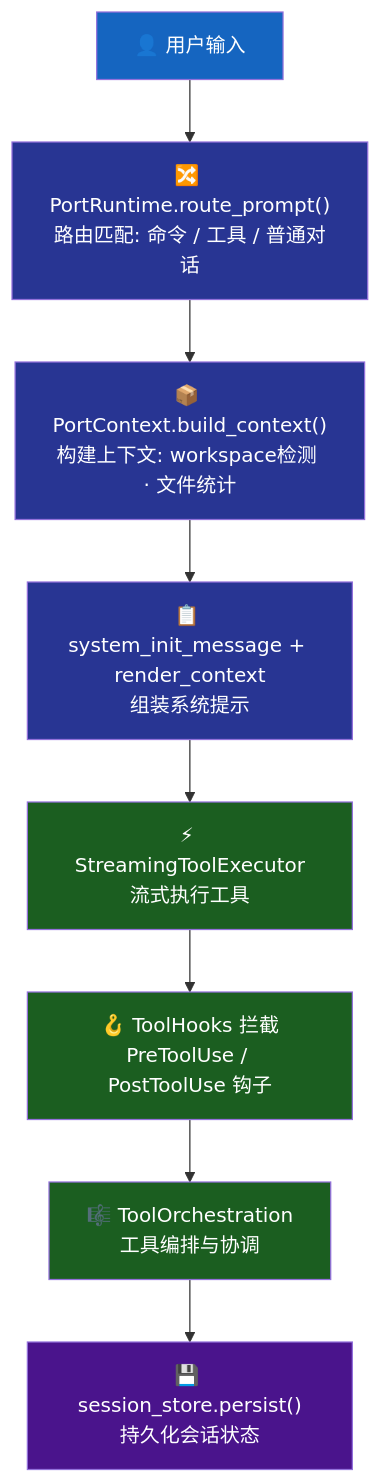
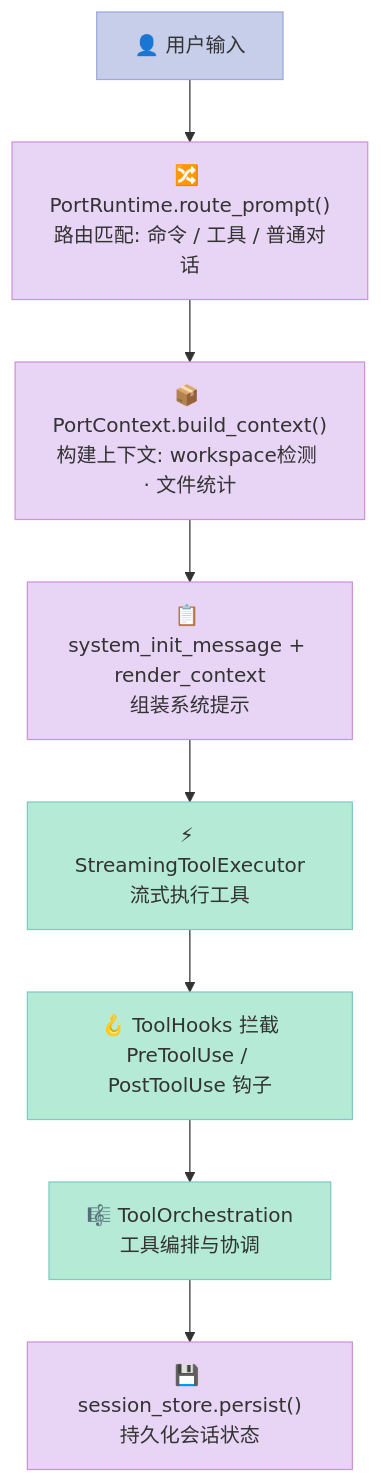
Before and after one commit to xuqi2024/xuqi2024.github.io: the first of 3 diagrams in _posts/2026-04-15-claude-code-source-analysis.md, drawn with Mermaid. The commit also changed other lines of this file and 2 other files, not shown here.

Commit message:
fix: 修复全部博客文章以符合 CLAUDE.md 规范
- 修复3篇文章 categories（AI/技术调研 → 技术科普/技术分析/技术报告）
- 修复 automotive-soc 文章 tags 格式（行内数组→列表，6→5个）
- 将全部 Mermaid 图表颜色替换为马卡龙色系（3篇共49处）
  深色 #1565C0/#2E7D32/#E65100 等 → 天空蓝/薄荷绿/蜜桃橙等浅色
  同步 color:#fff → color:#333 保证深色文字可读性
- 为 automotive-soc 文章添加开篇钩子和 TL;DR（原前言缺少钩子）

````diff
--- a/_posts/2026-04-15-claude-code-source-analysis.md
+++ b/_posts/2026-04-15-claude-code-source-analysis.md
@@ -71,22 +71,22 @@
 ```mermaid
 graph TD
     UI["👤 用户输入"]
     RR["🔀 PortRuntime.route_prompt()\n路由匹配: 命令 / 工具 / 普通对话"]
     BC["📦 PortContext.build_context()\n构建上下文: workspace检测 · 文件统计"]
     SI["📋 system_init_message + render_context\n组装系统提示"]
     SE["⚡ StreamingToolExecutor\n流式执行工具"]
     TH["🪝 ToolHooks 拦截\nPreToolUse / PostToolUse 钩子"]
     TO["🎼 ToolOrchestration\n工具编排与协调"]
     SP["💾 session_store.persist()\n持久化会话状态"]
 
     UI --> RR --> BC --> SI --> SE --> TH --> TO --> SP
 
-    style UI fill:#1565C0,color:#fff
-    style RR fill:#283593,color:#fff
-    style BC fill:#283593,color:#fff
-    style SI fill:#283593,color:#fff
-    style SE fill:#1B5E20,color:#fff
-    style TH fill:#1B5E20,color:#fff
-    style TO fill:#1B5E20,color:#fff
-    style SP fill:#4A148C,color:#fff
+    style UI fill:#C7CEEA,stroke:#9FA8DA,color:#333
+    style RR fill:#E8D5F5,stroke:#CE93D8,color:#333
+    style BC fill:#E8D5F5,stroke:#CE93D8,color:#333
+    style SI fill:#E8D5F5,stroke:#CE93D8,color:#333
+    style SE fill:#B5EAD7,stroke:#80CBC4,color:#333
+    style TH fill:#B5EAD7,stroke:#80CBC4,color:#333
+    style TO fill:#B5EAD7,stroke:#80CBC4,color:#333
+    style SP fill:#E8D5F5,stroke:#CE93D8,color:#333
 ```
````
